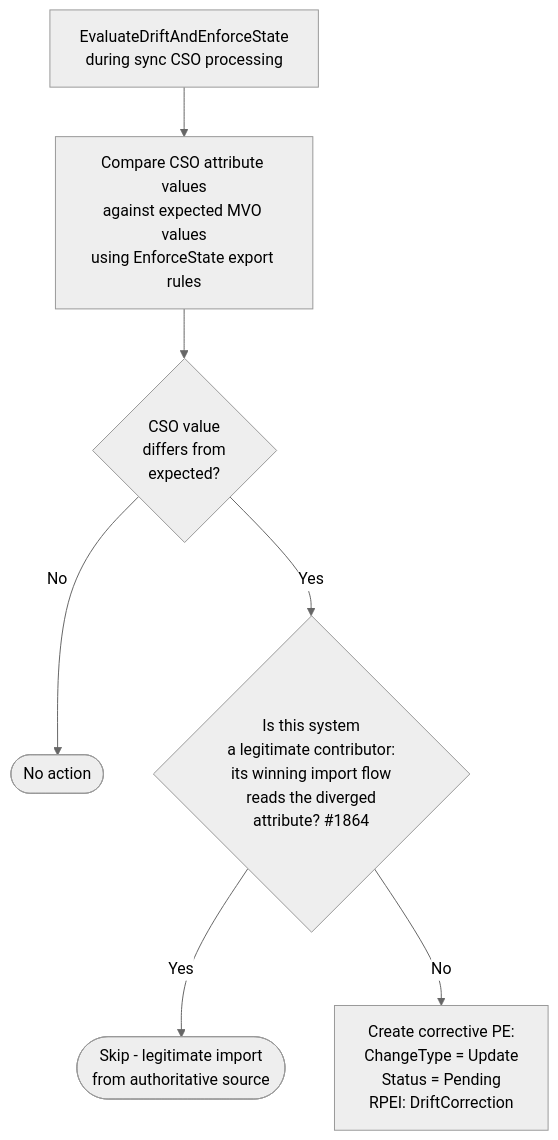
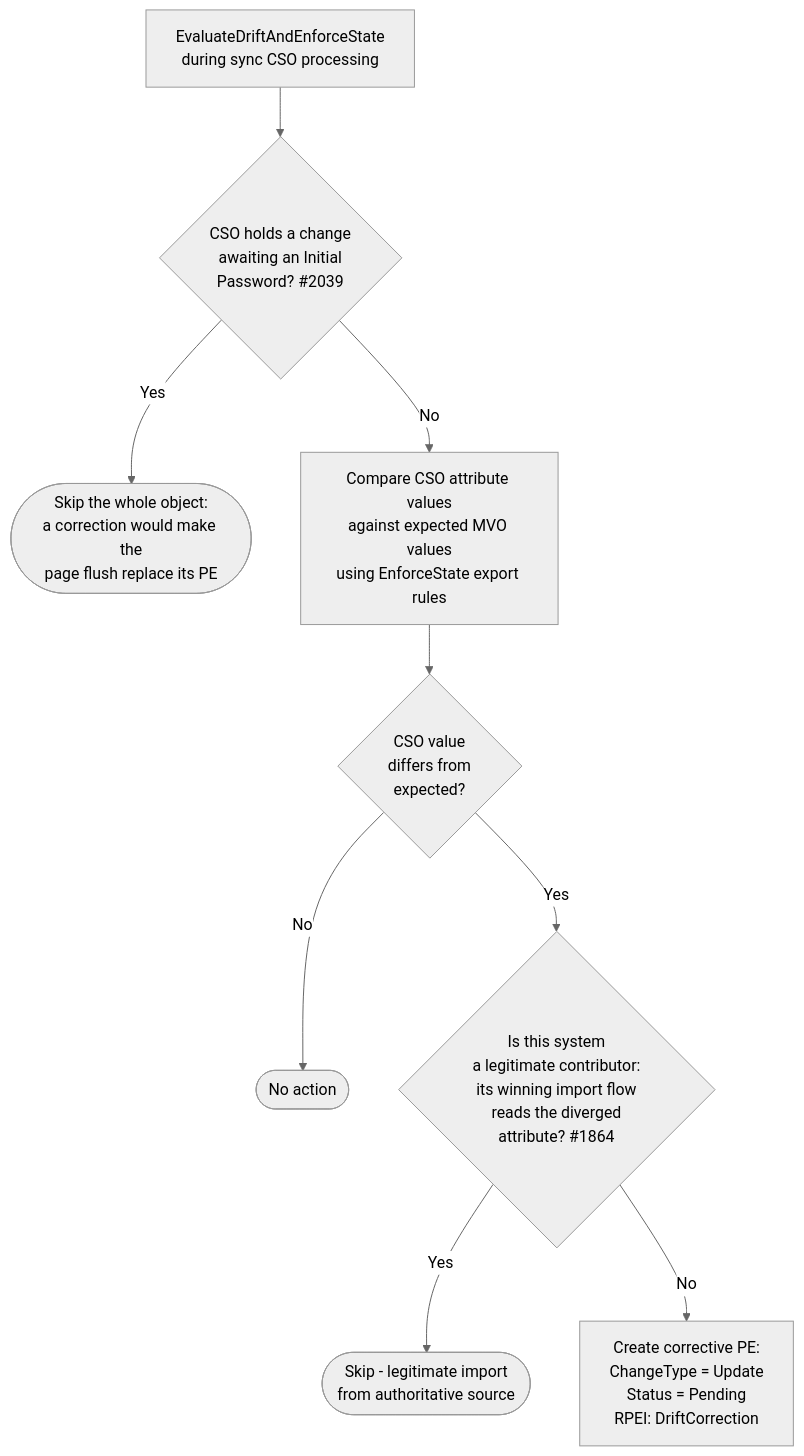
The fourth of 5 diagrams in docs/developer/diagrams/PENDING_EXPORT_LIFECYCLE.md (TetronIO/JIM), drawn with Mermaid (neutral theme) before and after one commit. The commit also changed other lines of this file and 172 other files, not shown here.

First line of the commit message:
LDAP: refuse Object Type changes, create Active Directory accounts with an Initial Password, and fix partly applied membership exports (#2110)

````diff
--- a/docs/developer/diagrams/PENDING_EXPORT_LIFECYCLE.md
+++ b/docs/developer/diagrams/PENDING_EXPORT_LIFECYCLE.md
@@ -175,9 +181,11 @@
 ```mermaid
 flowchart TD
-    DriftCheck[EvaluateDriftAndEnforceState<br/>during sync CSO processing] --> CompareCSO[Compare CSO attribute values<br/>against expected MVO values<br/>using EnforceState export rules]
+    DriftCheck[EvaluateDriftAndEnforceState<br/>during sync CSO processing] --> HeldCheck{CSO holds a change<br/>awaiting an Initial<br/>Password? #2039}
+    HeldCheck -->|Yes| SkipHeld([Skip the whole object:<br/>a correction would make the<br/>page flush replace its PE])
+    HeldCheck -->|No| CompareCSO[Compare CSO attribute values<br/>against expected MVO values<br/>using EnforceState export rules]
     CompareCSO --> Drifted{CSO value<br/>differs from<br/>expected?}
     Drifted -->|No| NoDrift([No action])
     Drifted -->|Yes| CheckContributor{Is this system<br/>a legitimate contributor:<br/>its winning import flow<br/>reads the diverged<br/>attribute? #1864}
     CheckContributor -->|Yes| LegitChange([Skip - legitimate import<br/>from authoritative source])
     CheckContributor -->|No| CreateCorrective[Create corrective PE:<br/>ChangeType = Update<br/>Status = Pending<br/>RPEI: DriftCorrection]
 ```
````
